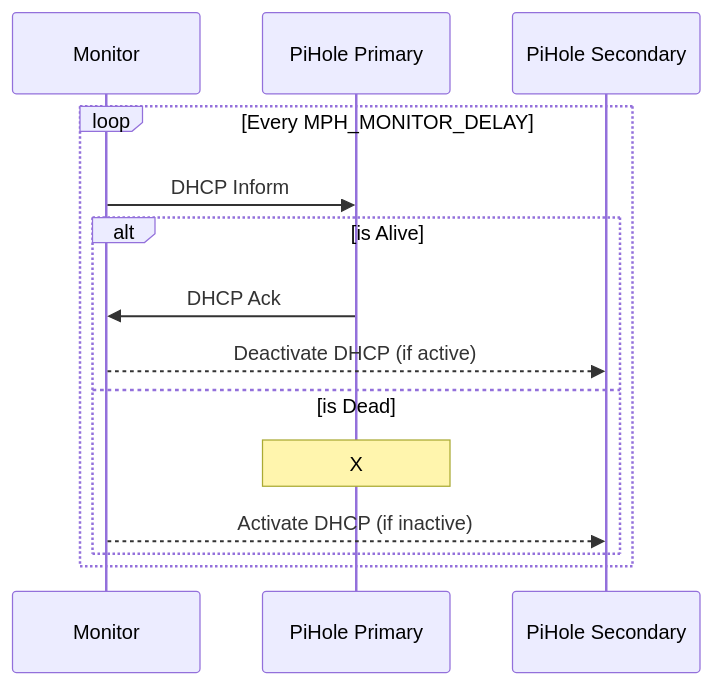
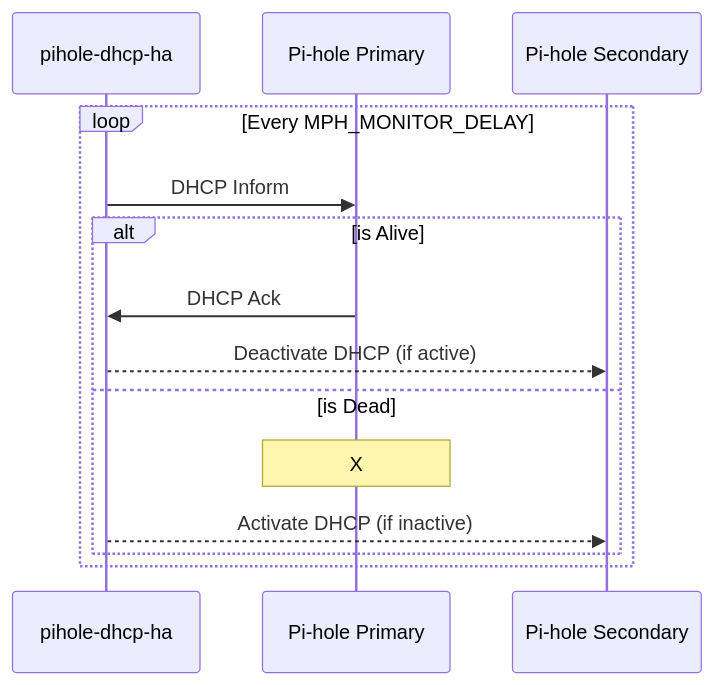
The first of 2 diagrams in README.md (jerome-labidurie/pihole-dhcp-ha), drawn with Mermaid before and after one commit. The commit also changed other lines of this file, not shown here.

````diff
--- a/README.md
+++ b/README.md
@@ -13,16 +13,16 @@
 ```mermaid
 sequenceDiagram
-  participant m as Monitor
-  participant pp as PiHole Primary
-  participant ps as PiHole Secondary
+  participant m as pihole-dhcp-ha
+  participant pp as Pi-hole Primary
+  participant ps as Pi-hole Secondary
   loop Every MPH_MONITOR_DELAY
   m->>pp: DHCP Inform
     alt is Alive
       pp->>m: DHCP Ack
       m-->>ps: Deactivate DHCP (if active)
     else is Dead
       Note over pp: X
       m-->>ps: Activate DHCP (if inactive)
     end
   end
 ```
````
